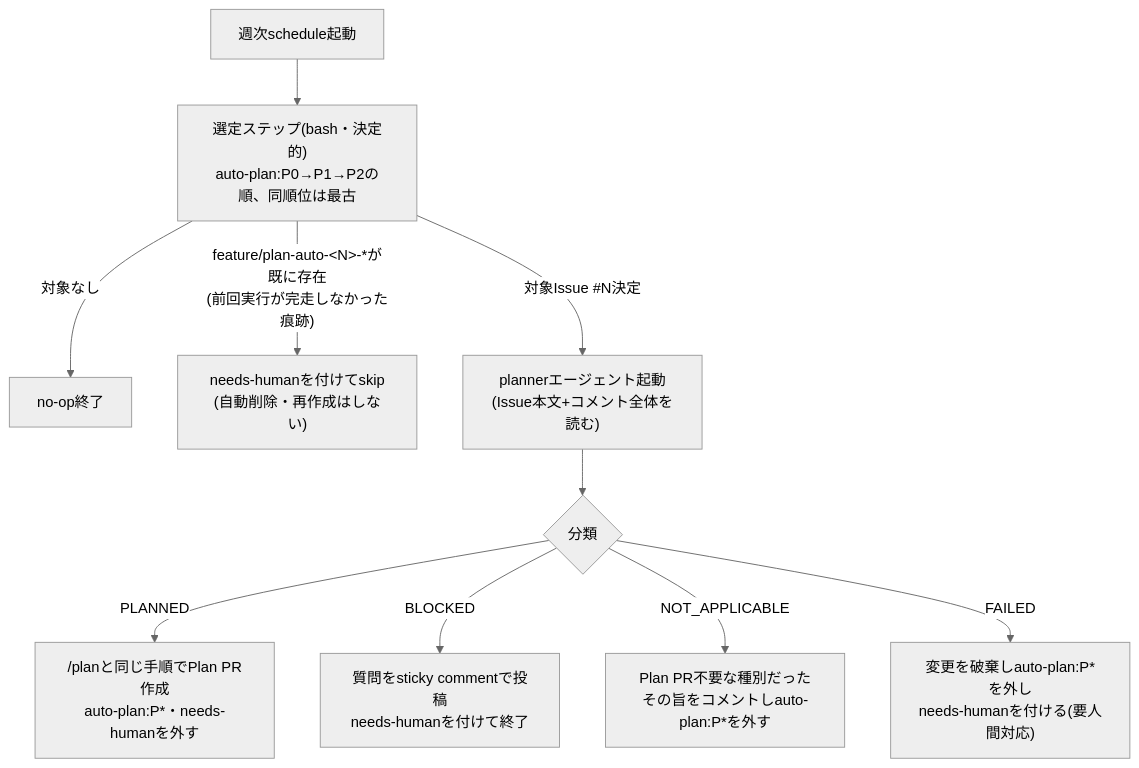
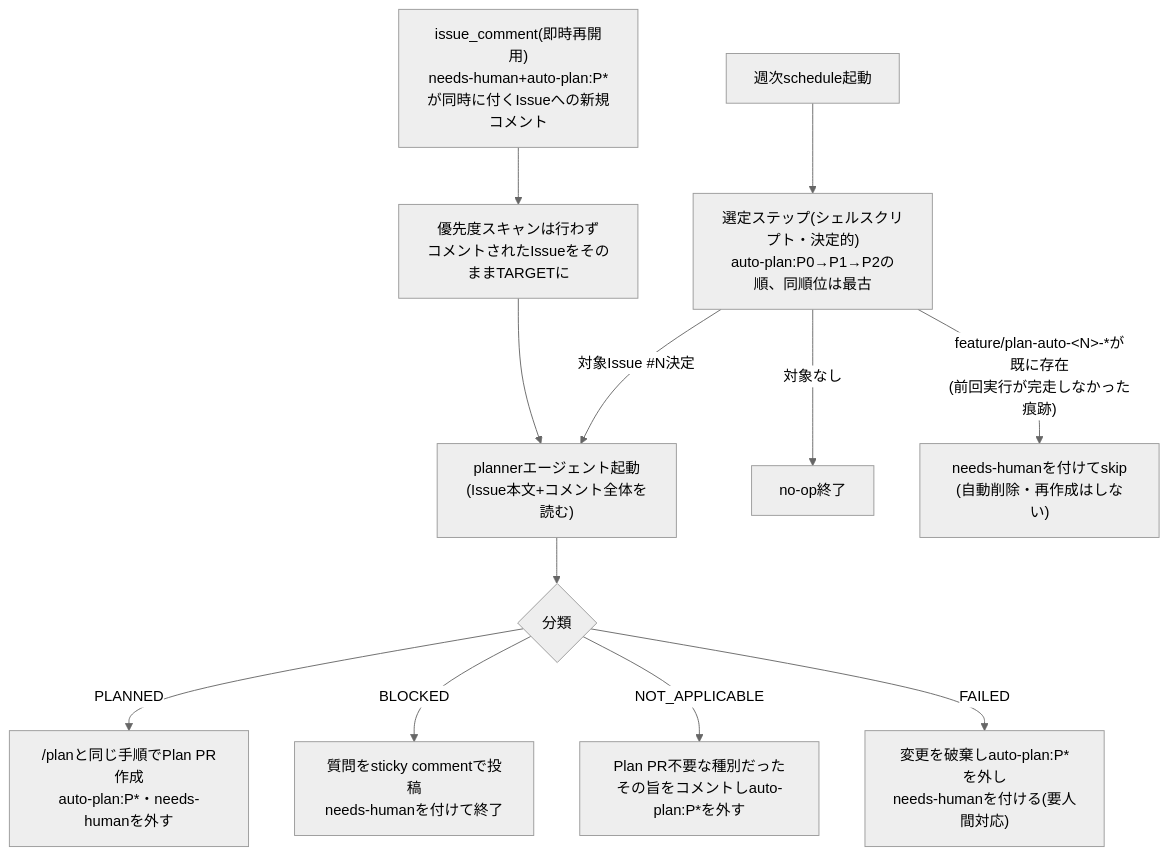
One commit to ebichan88/swiss-stage changed the fifth of 5 diagrams in .claude/01_development_docs/11_cicd_design.md. Above: the diagram before and after it, drawn with Mermaid (neutral theme). The commit also changed other lines of this file and 2 other files, not shown here.

````diff
--- a/.claude/01_development_docs/11_cicd_design.md
+++ b/.claude/01_development_docs/11_cicd_design.md
@@ -582,12 +582,14 @@
 ```mermaid
 flowchart TD
-    A["週次schedule起動"] --> B["選定ステップ(bash・決定的)<br/>auto-plan:P0→P1→P2の順、同順位は最古"]
+    A["週次schedule起動"] --> B["選定ステップ(シェルスクリプト・決定的)<br/>auto-plan:P0→P1→P2の順、同順位は最古"]
+    A2["issue_comment(即時再開用)<br/>needs-human+auto-plan:P*が同時に付くIssueへの新規コメント"] --> B2["優先度スキャンは行わず<br/>コメントされたIssueをそのままTARGETに"]
+    B2 --> C
     B -->|"対象なし"| Z["no-op終了"]
     B -->|"feature/plan-auto-&lt;N&gt;-*が既に存在<br/>(前回実行が完走しなかった痕跡)"| I["needs-humanを付けてskip<br/>(自動削除・再作成はしない)"]
     B -->|"対象Issue #N決定"| C["plannerエージェント起動<br/>(Issue本文+コメント全体を読む)"]
     C --> D{"分類"}
     D -->|"PLANNED"| E["/planと同じ手順でPlan PR作成<br/>auto-plan:P*・needs-humanを外す"]
     D -->|"BLOCKED"| F["質問をsticky commentで投稿<br/>needs-humanを付けて終了"]
     D -->|"NOT_APPLICABLE"| G["Plan PR不要な種別だった<br/>その旨をコメントしauto-plan:P*を外す"]
     D -->|"FAILED"| H["変更を破棄しauto-plan:P*を外し<br/>needs-humanを付ける(要人間対応)"]
 ```
````
